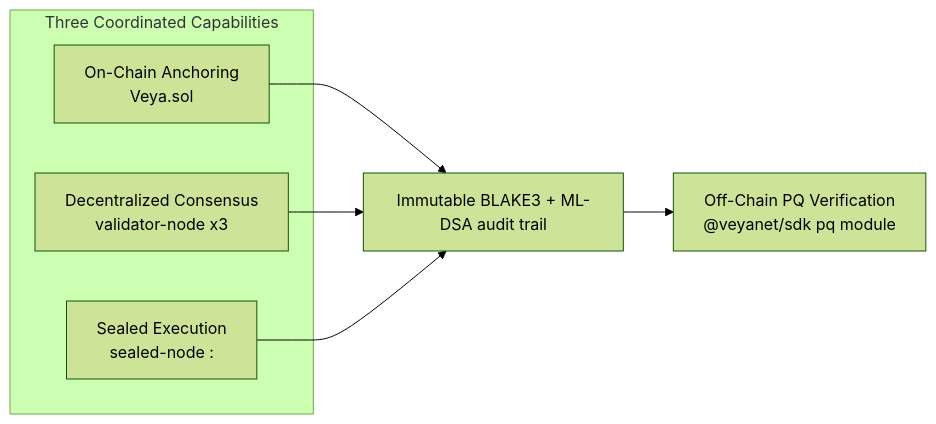
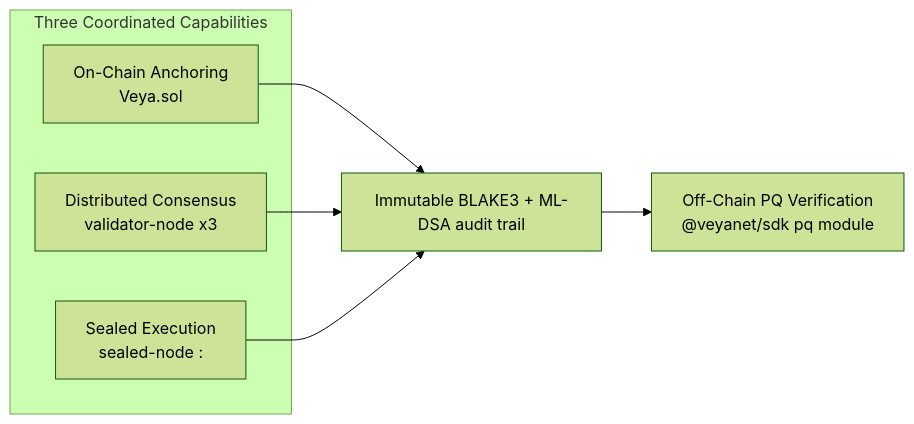
The first of 13 diagrams in docs/ARCHITECTURE.md (veyanet/veya-sdk), drawn with Mermaid (forest theme) before and after one commit. The commit also changed other lines of this file, not shown here.

Commit message:
docs: update ARCHITECTURE for 1.2.11 and exact SDK pin

````diff
--- a/docs/ARCHITECTURE.md
+++ b/docs/ARCHITECTURE.md
@@ -70,12 +70,12 @@
 ```mermaid
 flowchart LR
     subgraph Capabilities["Three Coordinated Capabilities"]
         A["On-Chain Anchoring\nVeya.sol"]
-        B["Decentralized Consensus\nvalidator-node x3"]
+        B["Distributed Consensus\nvalidator-node x3"]
         C["Sealed Execution\nsealed-node :<sealed-port>"]
     end
     A --> D["Immutable BLAKE3 + ML-DSA audit trail"]
     B --> D
     C --> D
     D --> E["Off-Chain PQ Verification\n@veyanet/sdk pq module"]
 ```
````
